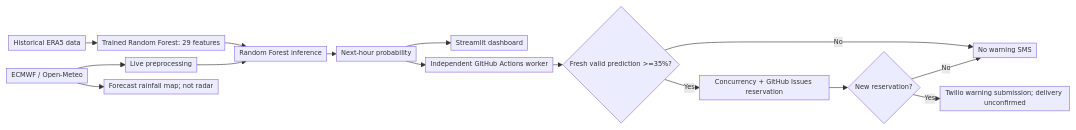
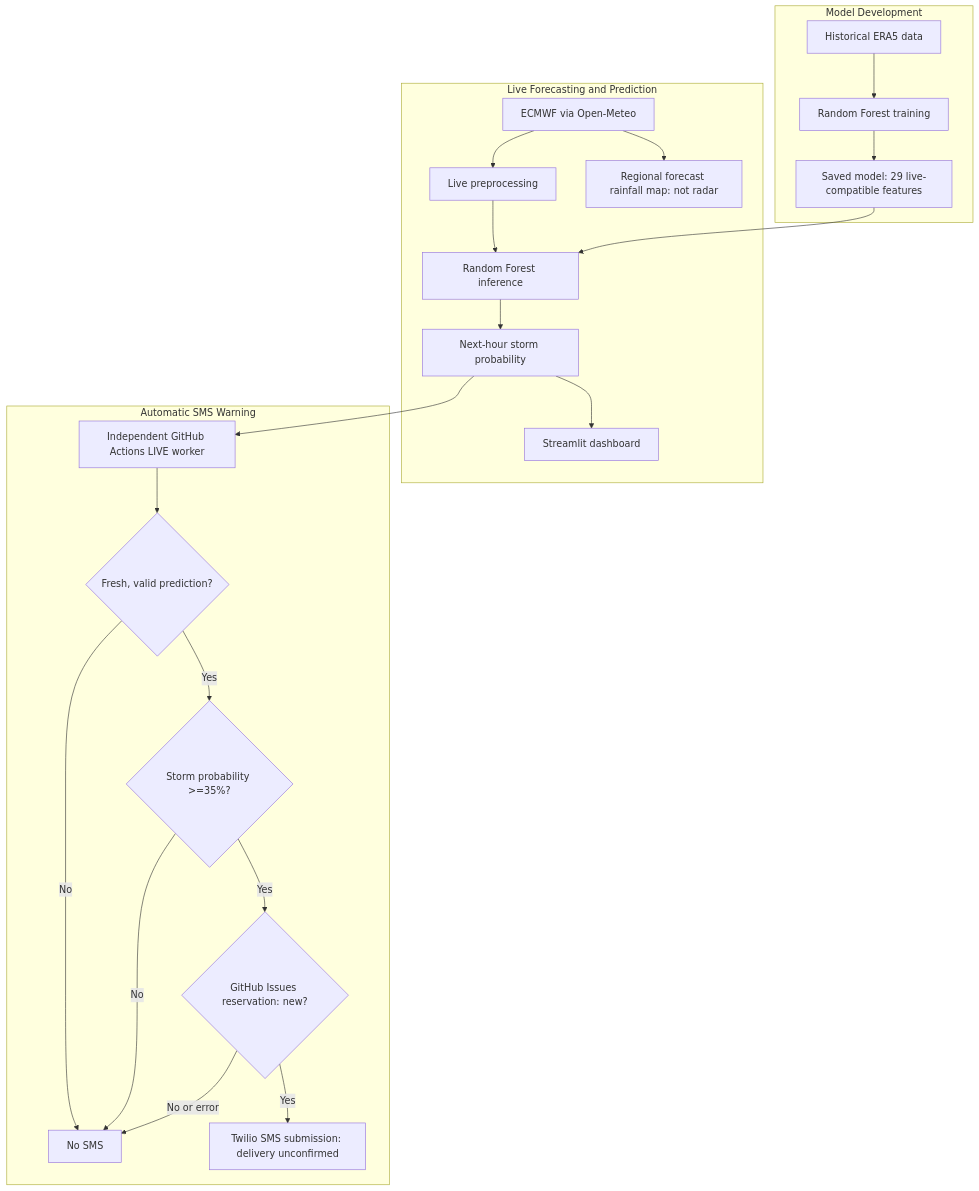
One commit to mdvar2/matatiele-storm-early-warning-system changed the diagram in README.md. Above: the diagram before and after it, drawn with Mermaid.

Commit message:
Improve README architecture diagram readability

````diff
--- a/README.md
+++ b/README.md
@@ -32,18 +32,27 @@
 ```mermaid
-%%{init: {"themeVariables": {"fontSize": "11px"}, "flowchart": {"nodeSpacing": 12, "rankSpacing": 16, "padding": 4, "diagramPadding": 4, "useMaxWidth": true}}}%%
-flowchart LR
-    A["Historical ERA5 data"] --> B["Trained Random Forest: 29 features"]
-    C["ECMWF / Open-Meteo"] --> D["Live preprocessing"]
-    B --> E["Random Forest inference"]
-    D --> E
-    E --> P["Next-hour probability"]
-    P --> F["Streamlit dashboard"]
-    C --> M["Forecast rainfall map; not radar"]
-    P --> G["Independent GitHub Actions worker"]
-    G --> H{"Fresh valid prediction >=35%?"}
-    H -->|No| N["No warning SMS"]
-    H -->|Yes| I["Concurrency + GitHub Issues reservation"]
-    I --> J{"New reservation?"}
-    J -->|No| N
-    J -->|Yes| K["Twilio warning submission; delivery unconfirmed"]
+flowchart TB
+    subgraph Development["Model Development"]
+        ERA5["Historical ERA5 data"] --> TRAIN["Random Forest training"]
+        TRAIN --> MODEL["Saved model: 29 live-compatible features"]
+    end
+
+    subgraph Forecasting["Live Forecasting and Prediction"]
+        ECMWF["ECMWF via Open-Meteo"] --> PREP["Live preprocessing"]
+        PREP --> RF["Random Forest inference"]
+        RF --> PROB["Next-hour storm probability"]
+        PROB --> DASH["Streamlit dashboard"]
+        ECMWF --> MAP["Regional forecast rainfall map: not radar"]
+    end
+    MODEL --> RF
+
+    subgraph SMS["Automatic SMS Warning"]
+        WORKER["Independent GitHub Actions LIVE worker"] --> VALID{"Fresh, valid prediction?"}
+        VALID -->|Yes| THRESHOLD{"Storm probability >=35%?"}
+        VALID -->|No| NONE["No SMS"]
+        THRESHOLD -->|No| NONE
+        THRESHOLD -->|Yes| RESERVE{"GitHub Issues reservation: new?"}
+        RESERVE -->|No or error| NONE
+        RESERVE -->|Yes| TWILIO["Twilio SMS submission: delivery unconfirmed"]
+    end
+    PROB --> WORKER
 ```
````
